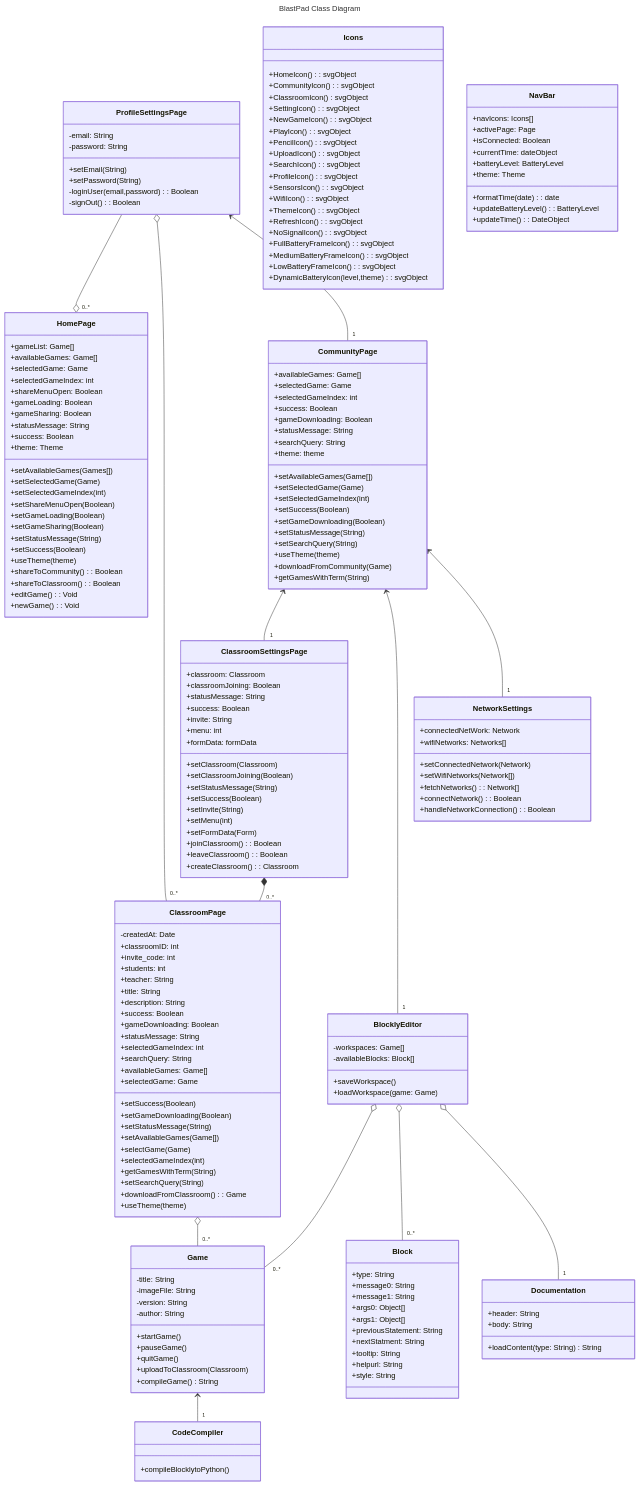
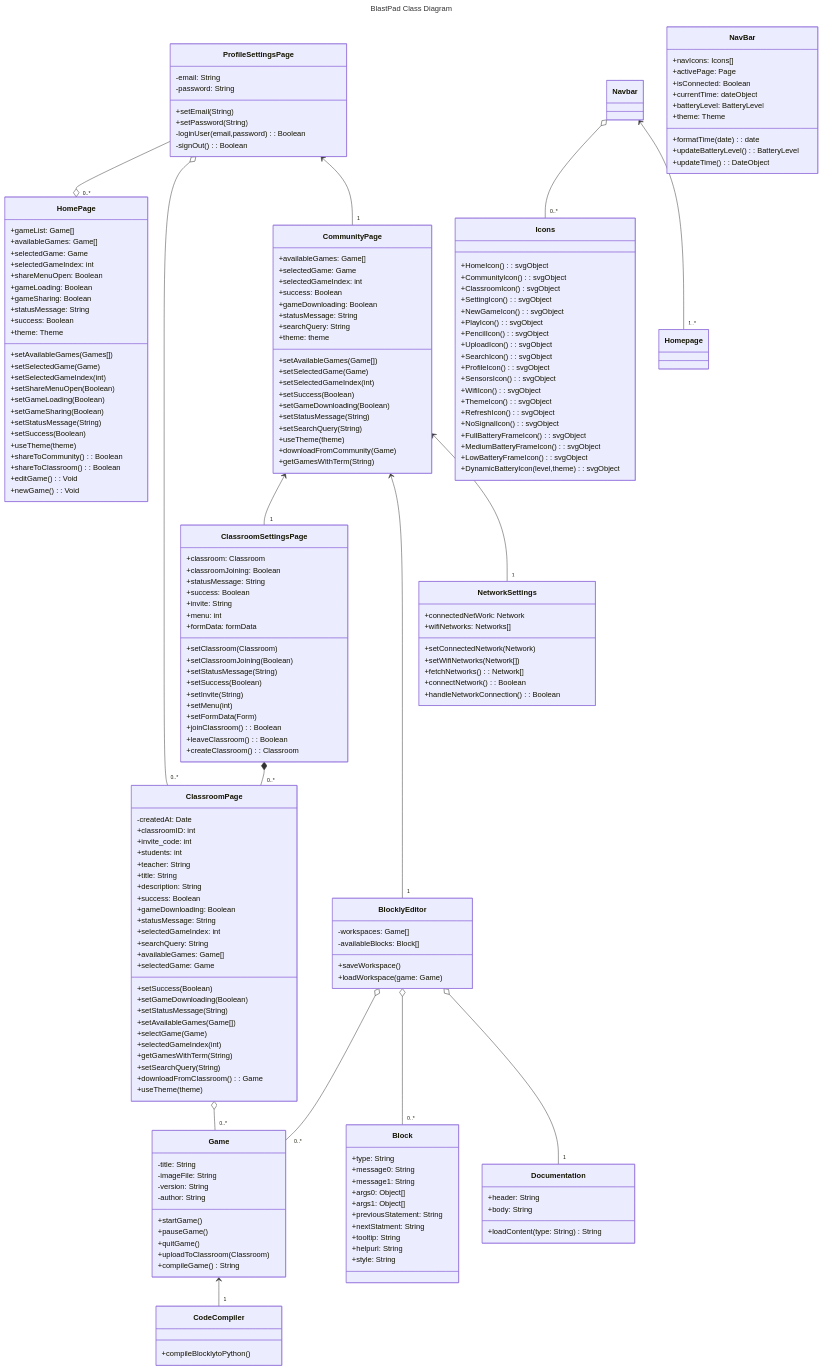
The diagram in documentation/docs/system-architecture/class-diagram.md (Capstone-Projects-2024-Spring/project-blastpad), drawn with Mermaid before and after one commit.

Commit message:
updated connections

```diff
--- a/documentation/docs/system-architecture/class-diagram.md
+++ b/documentation/docs/system-architecture/class-diagram.md
@@ -21,6 +21,8 @@
 	ProfileSettingsPage <-- "1" CommunityPage
 	CommunityPage <-- "1" NetworkSettings	
 	Game <-- "1" CodeCompiler
+	Navbar o-- "0..*" Icons
+	Navbar <-- "1..*" Homepage
 		
     class Game{
         -title: String
```
